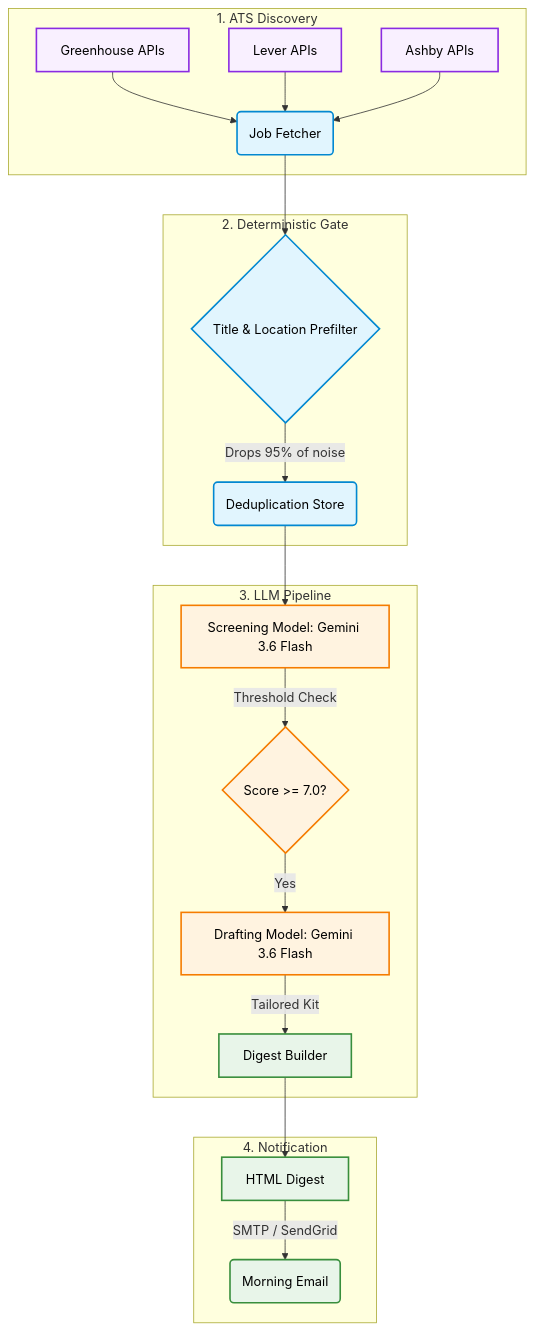
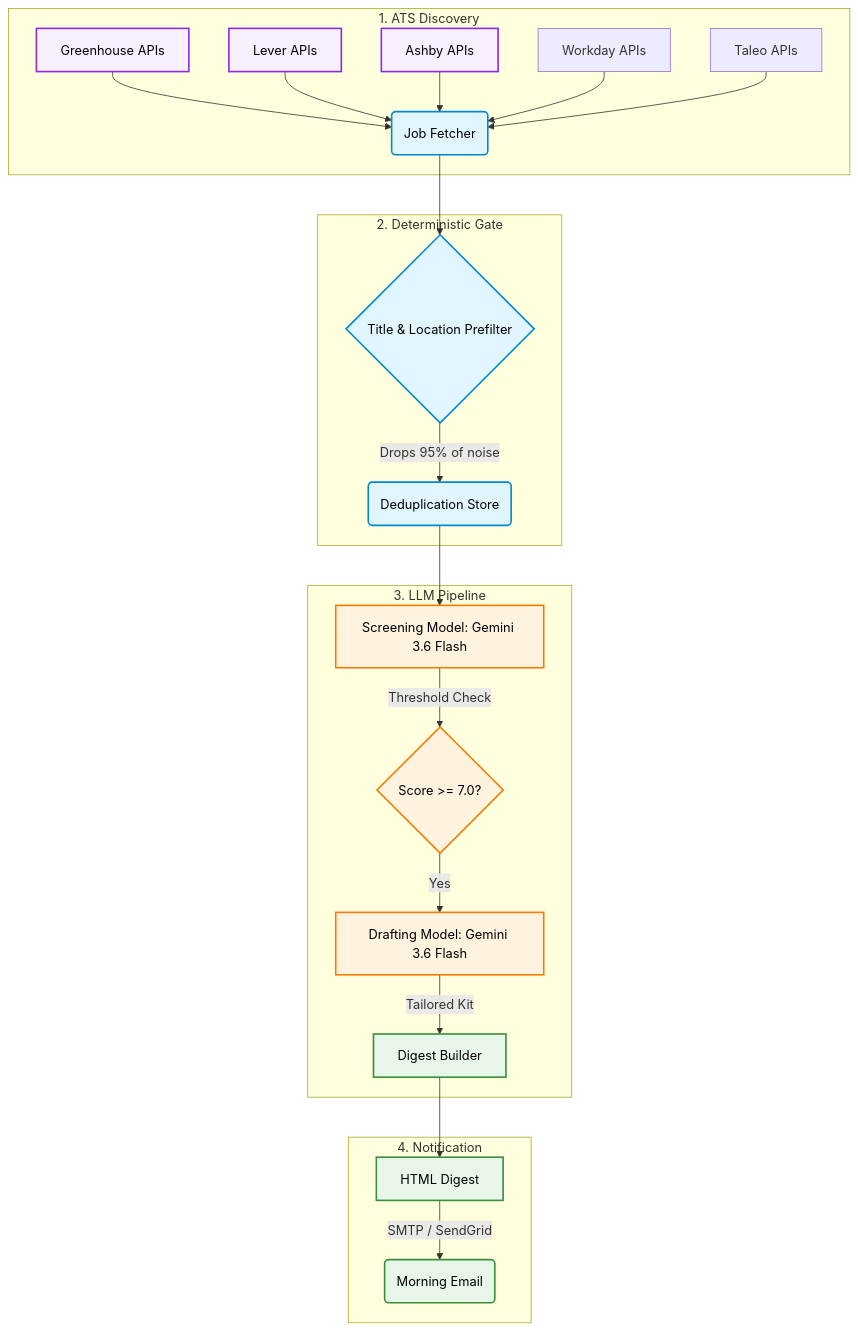
One commit to Shashank17singh/JobHunt changed the diagram in README.md. Above: the diagram before and after it, drawn with Mermaid. The commit also changed other lines of this file and 2 other files, not shown here.

Commit message:
add Workday & Taleo ATS parsers, update tracking list and README

````diff
--- a/README.md
+++ b/README.md
@@ -25,35 +25,37 @@
 ```mermaid
 graph TD
     subgraph "1. ATS Discovery"
     A[Greenhouse APIs] --> D(Job Fetcher)
     B[Lever APIs] --> D
     C[Ashby APIs] --> D
+    W[Workday APIs] --> D
+    T[Taleo APIs] --> D
     end
     
     subgraph "2. Deterministic Gate"
     D --> E{Title & Location Prefilter}
     E -->|Drops 95% of noise| F(Deduplication Store)
     end
     
     subgraph "3. LLM Pipeline"
     F --> G[Screening Model: Gemini 3.6 Flash]
     G -->|Threshold Check| H{Score >= 7.0?}
     H -->|Yes| I[Drafting Model: Gemini 3.6 Flash]
     I -->|Tailored Kit| J[Digest Builder]
     end
     
     subgraph "4. Notification"
     J --> K[HTML Digest]
     K -->|SMTP / SendGrid| L(Morning Email)
     end
     
     classDef source fill:#f9f0ff,stroke:#8a2be2,stroke-width:2px,color:#000;
     classDef core fill:#e1f5fe,stroke:#0288d1,stroke-width:2px,color:#000;
     classDef llm fill:#fff3e0,stroke:#f57c00,stroke-width:2px,color:#000;
     classDef ui fill:#e8f5e9,stroke:#388e3c,stroke-width:2px,color:#000;
     
     class A,B,C source;
     class D,E,F core;
     class G,H,I llm;
     class J,K,L ui;
 ```
````
